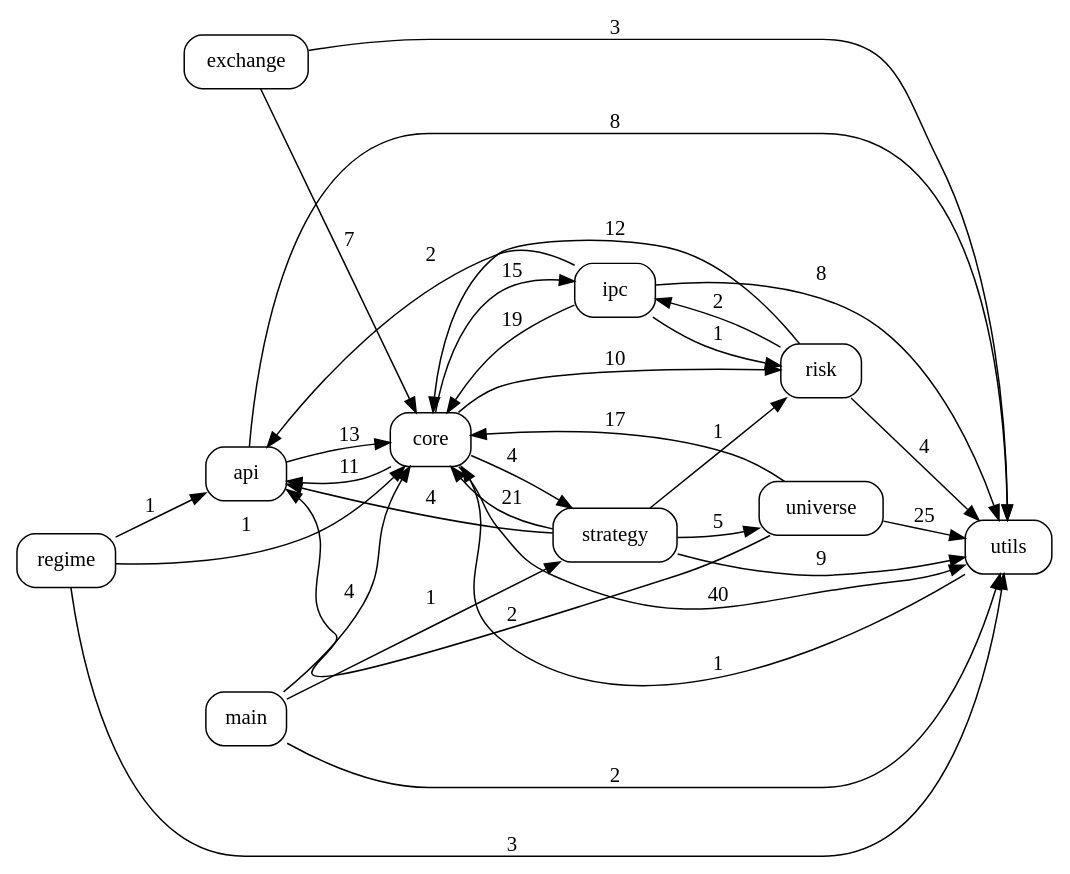
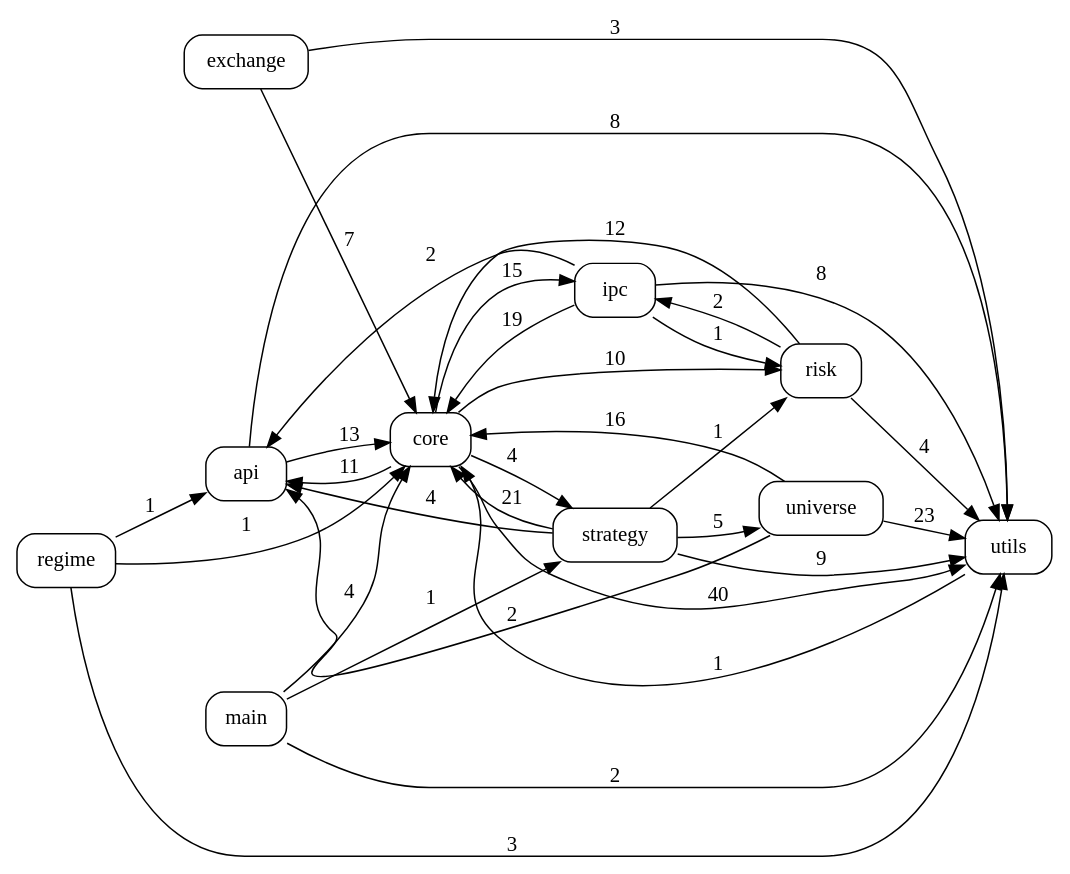
One commit to pypy8171/Quant changed the diagram in docs/code_graph.dot. Above: the diagram before and after it, drawn with Graphviz. The commit also changed 27 other files, not shown here.

```diff
--- a/docs/code_graph.dot
+++ b/docs/code_graph.dot
@@ -1,45 +1,45 @@
 digraph code_graph {
   rankdir=LR;
   node [shape=box, style=rounded, fontname="Consolas"];
   "api";
   "core";
   "exchange";
   "ipc";
   "main";
   "regime";
   "risk";
   "strategy";
   "universe";
   "utils";
   "api" -> "core" [label="13"];
   "api" -> "utils" [label="8"];
   "core" -> "api" [label="11"];
   "core" -> "ipc" [label="15"];
   "core" -> "risk" [label="10"];
   "core" -> "strategy" [label="4"];
   "core" -> "utils" [label="40"];
   "exchange" -> "core" [label="7"];
   "exchange" -> "utils" [label="3"];
   "ipc" -> "api" [label="2"];
   "ipc" -> "core" [label="19"];
   "ipc" -> "risk" [label="1"];
   "ipc" -> "utils" [label="8"];
   "main" -> "core" [label="4"];
   "main" -> "strategy" [label="1"];
   "main" -> "utils" [label="2"];
   "regime" -> "api" [label="1"];
   "regime" -> "core" [label="1"];
   "regime" -> "utils" [label="3"];
   "risk" -> "core" [label="12"];
   "risk" -> "ipc" [label="2"];
   "risk" -> "utils" [label="4"];
   "strategy" -> "api" [label="4"];
   "strategy" -> "core" [label="21"];
   "strategy" -> "risk" [label="1"];
   "strategy" -> "universe" [label="5"];
   "strategy" -> "utils" [label="9"];
   "universe" -> "api" [label="2"];
-  "universe" -> "core" [label="17"];
-  "universe" -> "utils" [label="25"];
+  "universe" -> "core" [label="16"];
+  "universe" -> "utils" [label="23"];
   "utils" -> "core" [label="1"];
 }
```
